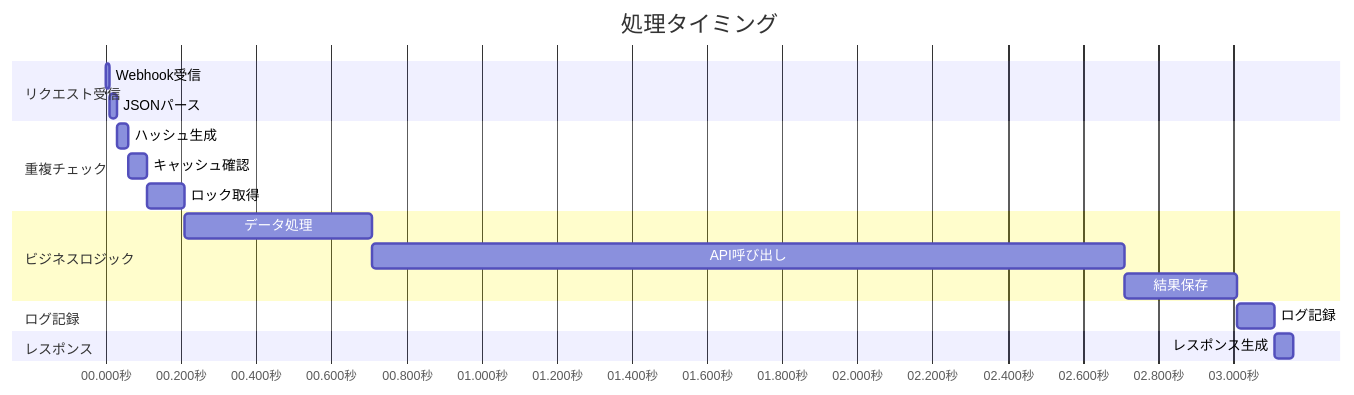
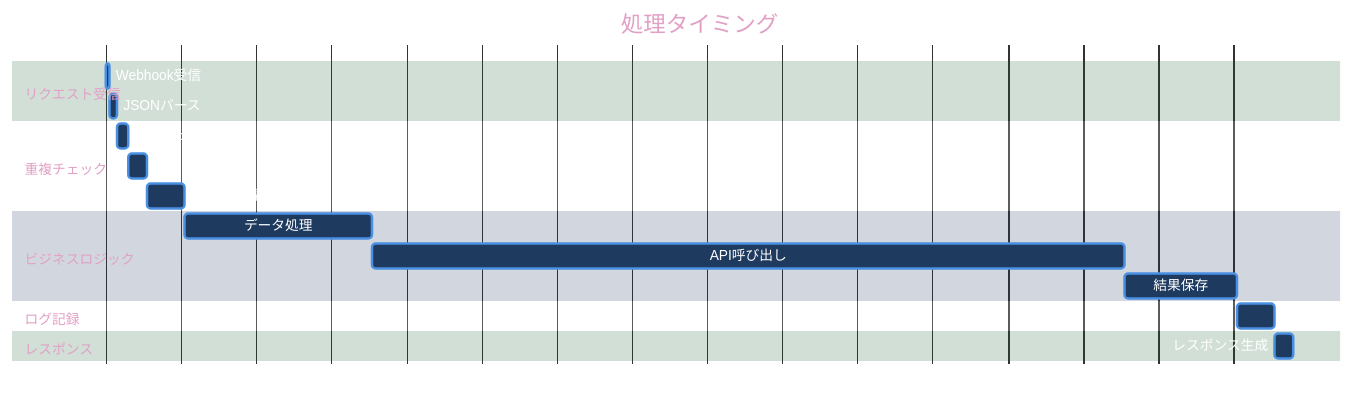
One commit to tasai-lab/appsheet-gas-automation changed the seventh of 8 diagrams in gas_projects/Appsheet_営業_音声記録/FLOW.md. Above: the diagram before and after it, drawn with Mermaid. The commit also changed other lines of this file, not shown here.

````diff
--- a/gas_projects/Appsheet_営業_音声記録/FLOW.md
+++ b/gas_projects/Appsheet_営業_音声記録/FLOW.md
@@ -171,26 +225,27 @@
 ```mermaid
+%%{init: {'theme':'base', 'themeVariables': {'primaryColor':'#1e3a5f','primaryTextColor':'#fff','primaryBorderColor':'#4a90e2','secondaryColor':'#5f4c1e','tertiaryColor':'#1e5f3a'}}}%%
 gantt
     title 処理タイミング
     dateFormat  HH:mm:ss.SSS
     axisFormat  %S.%L秒
     
     section リクエスト受信
     Webhook受信           :a1, 00:00:00.000, 10ms
     JSONパース            :a2, after a1, 20ms
     
     section 重複チェック
     ハッシュ生成          :b1, after a2, 30ms
     キャッシュ確認        :b2, after b1, 50ms
     ロック取得            :b3, after b2, 100ms
     
     section ビジネスロジック
     データ処理            :c1, after b3, 500ms
     API呼び出し           :c2, after c1, 2000ms
     結果保存              :c3, after c2, 300ms
     
     section ログ記録
     ログ記録              :d1, after c3, 100ms
     
     section レスポンス
     レスポンス生成        :e1, after d1, 50ms
 ```
````
